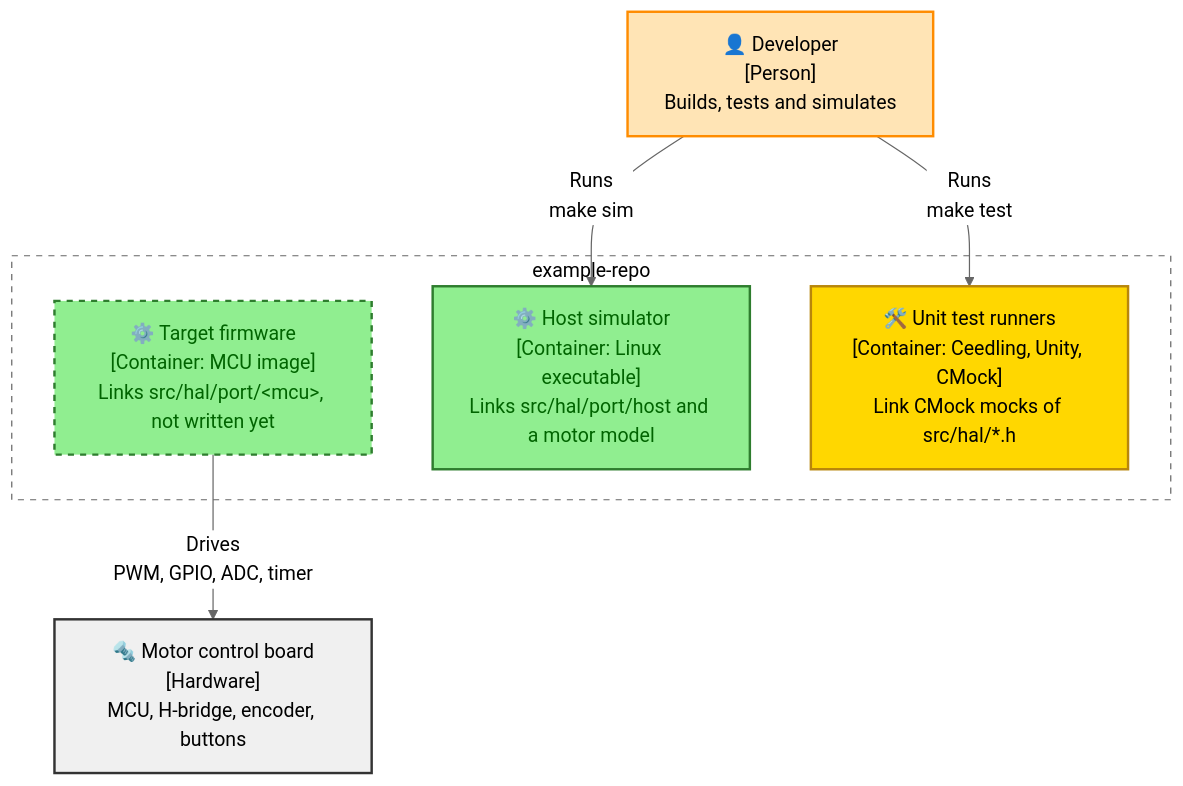
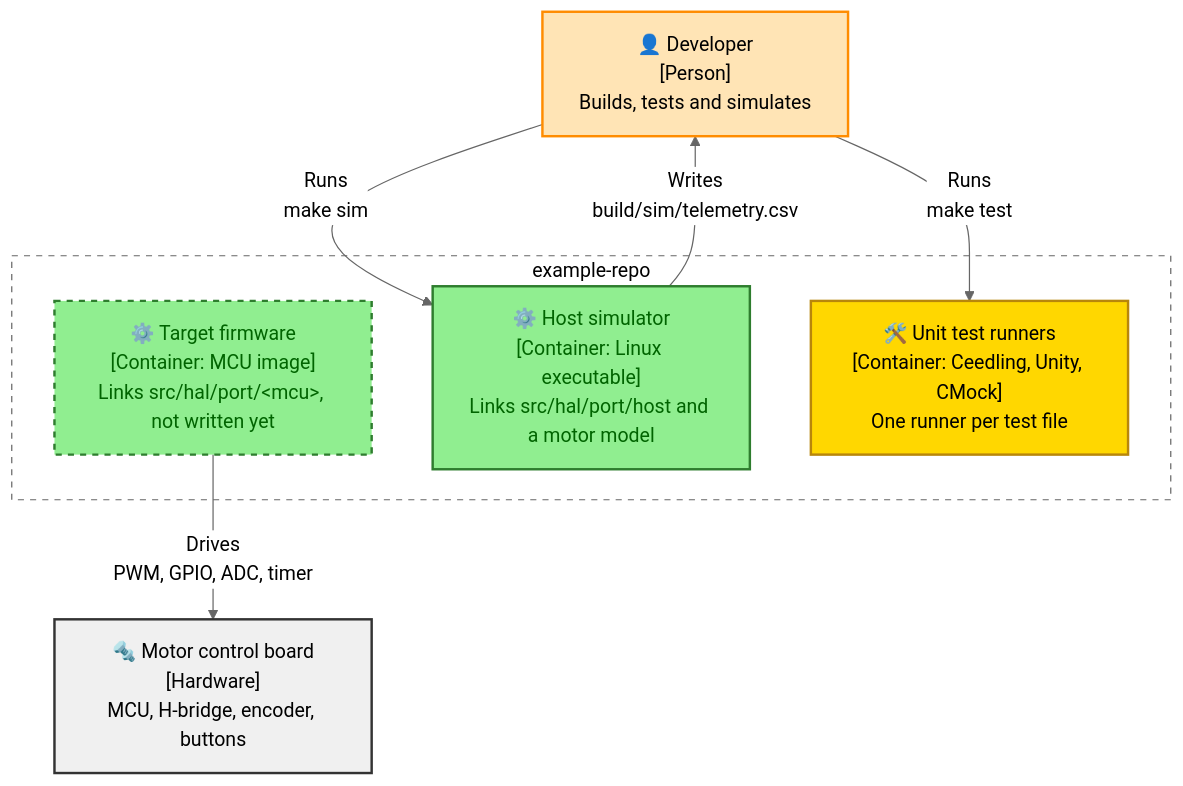
One commit to wienans/example-repo changed the diagram in docs/architecture/02_containers.md. Above: the diagram before and after it, drawn with Mermaid (neutral theme). The commit also changed other lines of this file and 6 other files, not shown here.

First line of the commit message:
docs(architecture): align architecture guide with implementation

````diff
--- a/docs/architecture/02_containers.md
+++ b/docs/architecture/02_containers.md
@@ -7,31 +7,32 @@
 ```mermaid
 flowchart TB
   accTitle: Executables built from the firmware sources
-  accDescr: The repository builds three executables. The target firmware links an MCU HAL port, which the repo does not contain yet, and drives the motor control board. The developer runs the host simulator, which links the host HAL port, and the unit test runners, which link CMock mocks of the HAL headers.
+  accDescr: The repository builds three executables. The target firmware links an MCU HAL port, which the repo does not contain yet, and drives the motor control board. The developer runs the host simulator, which links the host HAL port and a motor model and writes a telemetry file. The developer also runs the unit test runners, which link CMock mocks.
   classDef boundary fill:#FFFFFF,stroke:#666666,stroke-width:1px,stroke-dasharray:5 5,color:black
   classDef person fill:#FFE4B5,stroke:#FF8C00,stroke-width:2px,color:black
   classDef firmware fill:#90EE90,stroke:#2E7D2E,stroke-width:2px,color:darkgreen
   classDef hardware fill:#F0F0F0,stroke:#333333,stroke-width:2px,color:black
   classDef tooling fill:#FFD700,stroke:#B8860B,stroke-width:2px,color:black
 
   dev["👤 Developer<br/>[Person]<br/>Builds, tests and simulates"]
 
   subgraph repo [example-repo]
     target["⚙️ Target firmware<br/>[Container: MCU image]<br/>Links src/hal/port/&lt;mcu&gt;, not written yet"]
     sim["⚙️ Host simulator<br/>[Container: Linux executable]<br/>Links src/hal/port/host and a motor model"]
-    tests["🛠️ Unit test runners<br/>[Container: Ceedling, Unity, CMock]<br/>Link CMock mocks of src/hal/*.h"]
+    tests["🛠️ Unit test runners<br/>[Container: Ceedling, Unity, CMock]<br/>One runner per test file"]
   end
 
   board["🔩 Motor control board<br/>[Hardware]<br/>MCU, H-bridge, encoder, buttons"]
 
   dev -->|"Runs<br/>make sim"| sim
+  sim -->|"Writes<br/>build/sim/telemetry.csv"| dev
   dev -->|"Runs<br/>make test"| tests
   target -->|"Drives<br/>PWM, GPIO, ADC, timer"| board
 
   class repo boundary
   class dev person
   class target,sim firmware
   class tests tooling
   class board hardware
   style target fill:#90EE90,stroke:#2E7D2E,stroke-width:2px,stroke-dasharray:5 5,color:darkgreen
 ```
````
